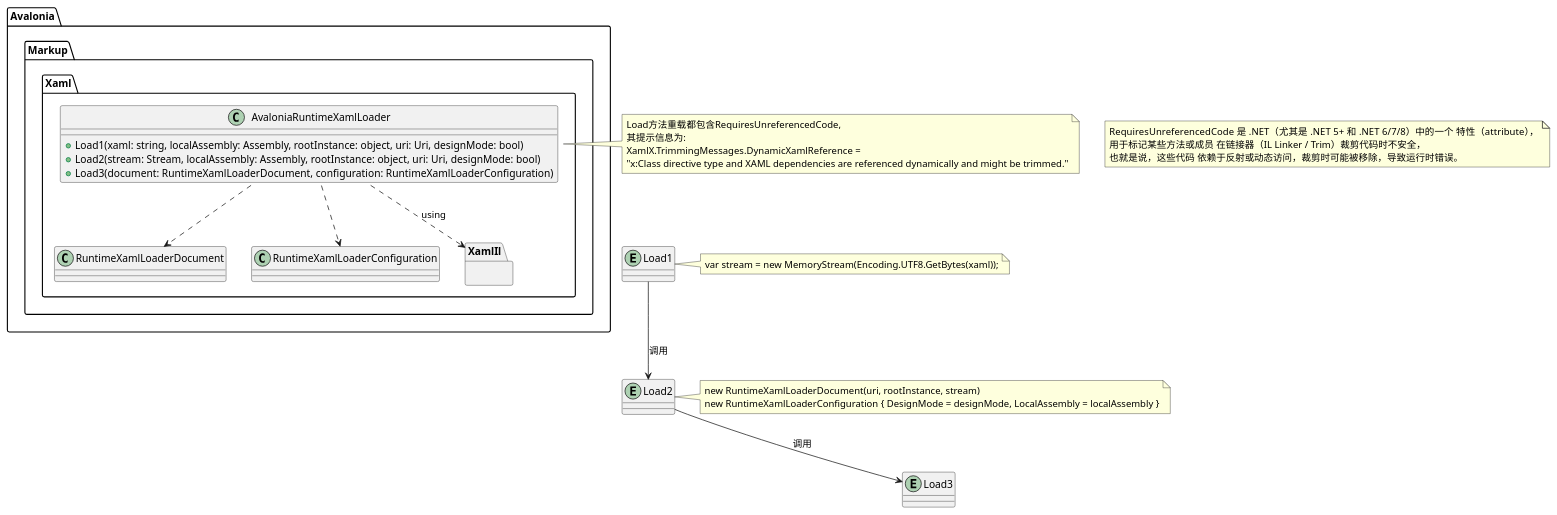
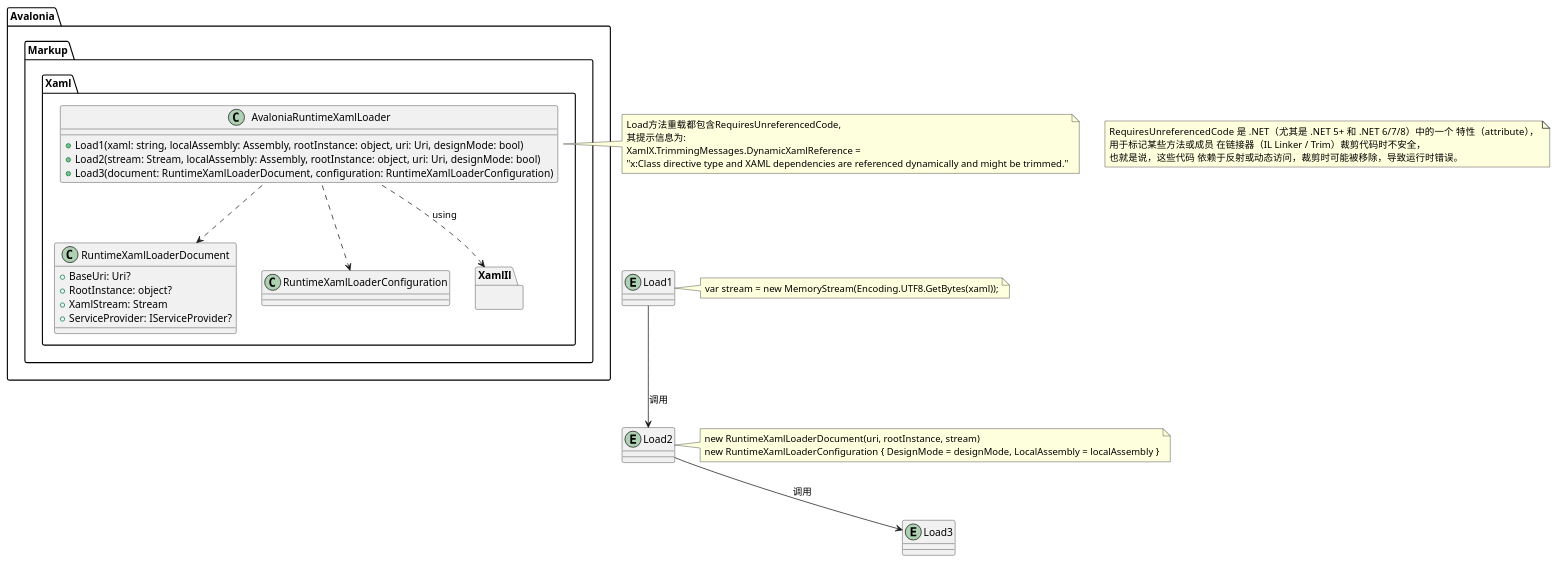
One commit to Bli-AIk/Notes changed the diagram in Avalonia/AI_Generated_UML/markup.puml. Above: the diagram before and after it, drawn with PlantUML.

Commit message:
feat: Add properties to RuntimeXamlLoaderDocument

```diff
--- a/Avalonia/AI_Generated_UML/markup.puml
+++ b/Avalonia/AI_Generated_UML/markup.puml
@@ -1,59 +1,63 @@
 @startuml
 namespace Avalonia.Markup.Xaml {
     class AvaloniaRuntimeXamlLoader {
         + Load1(xaml: string, localAssembly: Assembly, rootInstance: object, uri: Uri, designMode: bool)
         + Load2(stream: Stream, localAssembly: Assembly, rootInstance: object, uri: Uri, designMode: bool)
         + Load3(document: RuntimeXamlLoaderDocument, configuration: RuntimeXamlLoaderConfiguration)
     }
 
     class RuntimeXamlLoaderDocument {
+        + BaseUri: Uri?
+        + RootInstance: object?
+        + XamlStream: Stream
+        + ServiceProvider: IServiceProvider?
     }
 
     class RuntimeXamlLoaderConfiguration {
     }
 
     AvaloniaRuntimeXamlLoader ..> RuntimeXamlLoaderDocument
     AvaloniaRuntimeXamlLoader ..> RuntimeXamlLoaderConfiguration
 }
 
 ' 建立伪节点代表方法
 entity Load1
 entity Load2
 entity Load3
 
 ' 隐藏连线，把伪节点放到类方法对应的位置
 Avalonia.Markup.Xaml.AvaloniaRuntimeXamlLoader::Load1 -[hidden]- Load1
 Avalonia.Markup.Xaml.AvaloniaRuntimeXamlLoader::Load2 -[hidden]- Load2
 Avalonia.Markup.Xaml.AvaloniaRuntimeXamlLoader::Load3 -[hidden]- Load3
 
 ' 实际箭头
 Load1 --> Load2 : 调用
 Load2 --> Load3 : 调用
 
 note right of Load1
   var stream = new MemoryStream(Encoding.UTF8.GetBytes(xaml));
 end note
 
 note right of Load2
   new RuntimeXamlLoaderDocument(uri, rootInstance, stream)
   new RuntimeXamlLoaderConfiguration { DesignMode = designMode, LocalAssembly = localAssembly }
 end note
 
 note right of AvaloniaRuntimeXamlLoader
   Load方法重载都包含RequiresUnreferencedCode,
   其提示信息为:
   XamlX.TrimmingMessages.DynamicXamlReference =
   "x:Class directive type and XAML dependencies are referenced dynamically and might be trimmed."
 end note
 
 note as N1
   RequiresUnreferencedCode 是 .NET（尤其是 .NET 5+ 和 .NET 6/7/8）中的一个 特性（attribute），
   用于标记某些方法或成员 在链接器（IL Linker / Trim）裁剪代码时不安全，
   也就是说，这些代码 依赖于反射或动态访问，裁剪时可能被移除，导致运行时错误。
 end note
 
 package Avalonia.Markup.Xaml.XamlIl {
 }
 
 Avalonia.Markup.Xaml.AvaloniaRuntimeXamlLoader ..> Avalonia.Markup.Xaml.XamlIl : using
 @enduml
```
